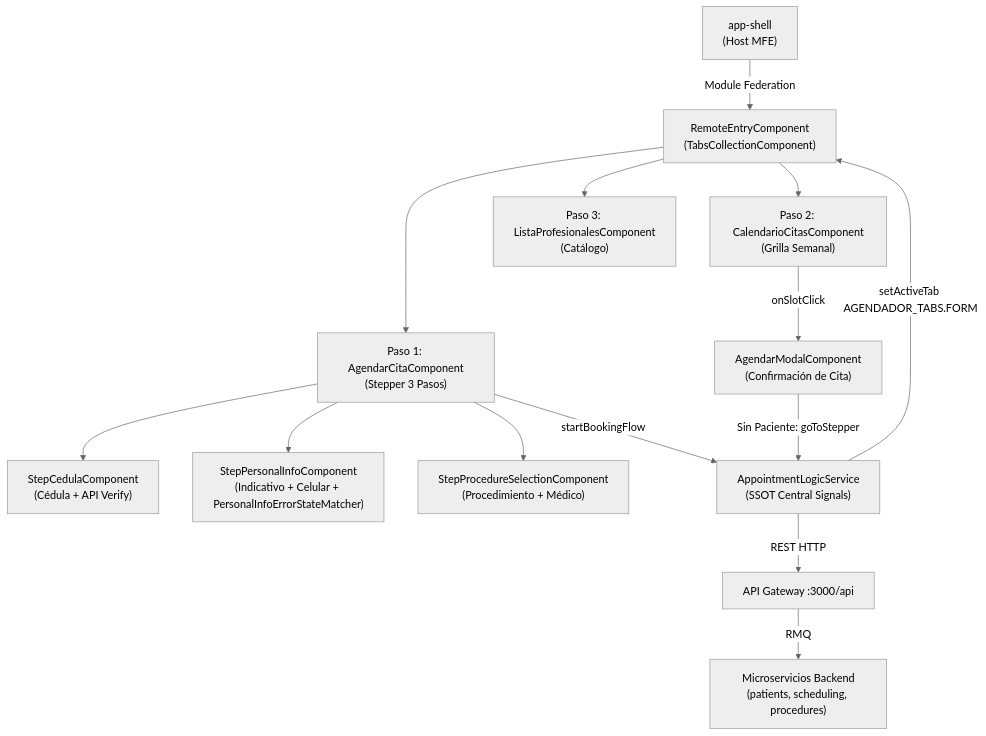
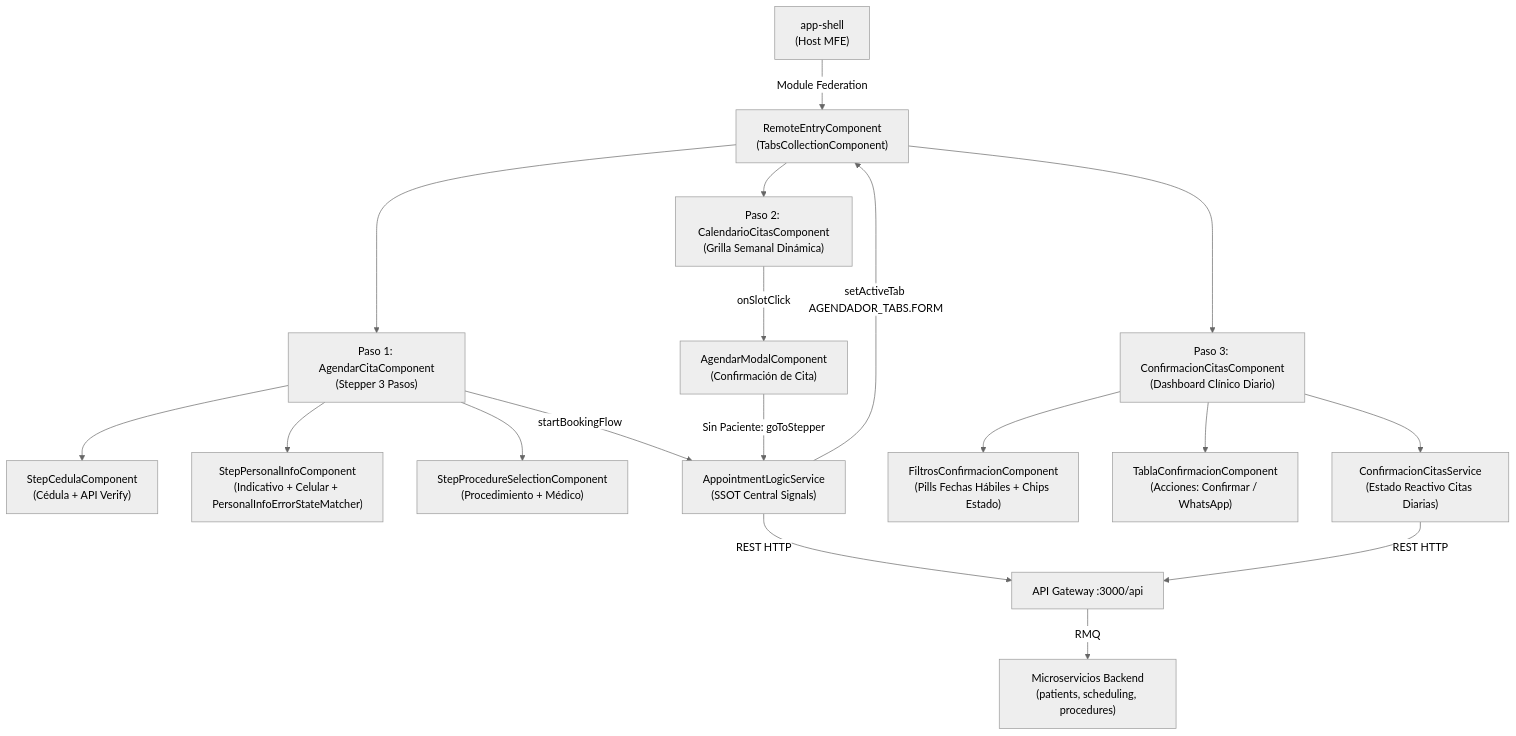
The diagram in docs/documentacion-front/agendador-citas.md (ctg-angular-lab/nx-boilerplate), drawn with Mermaid (neutral theme) before and after one commit. The commit also changed other lines of this file and 57 other files, not shown here.

````diff
--- a/docs/documentacion-front/agendador-citas.md
+++ b/docs/documentacion-front/agendador-citas.md
@@ -32,20 +36,25 @@
 ```mermaid
 graph TD
     Shell["app-shell\n(Host MFE)"] -->|Module Federation| Entry["RemoteEntryComponent\n(TabsCollectionComponent)"]
 
     Entry --> Tab1["Paso 1: AgendarCitaComponent\n(Stepper 3 Pasos)"]
-    Entry --> Tab2["Paso 2: CalendarioCitasComponent\n(Grilla Semanal)"]
-    Entry --> Tab3["Paso 3: ListaProfesionalesComponent\n(Catálogo)"]
+    Entry --> Tab2["Paso 2: CalendarioCitasComponent\n(Grilla Semanal Dinámica)"]
+    Entry --> Tab3["Paso 3: ConfirmacionCitasComponent\n(Dashboard Clínico Diario)"]
 
     Tab1 --> Step1["StepCedulaComponent\n(Cédula + API Verify)"]
     Tab1 --> Step2["StepPersonalInfoComponent\n(Indicativo + Celular + PersonalInfoErrorStateMatcher)"]
     Tab1 --> Step3["StepProcedureSelectionComponent\n(Procedimiento + Médico)"]
 
     Tab1 -->|startBookingFlow| SSOT["AppointmentLogicService\n(SSOT Central Signals)"]
     Tab2 -->|onSlotClick| Modal["AgendarModalComponent\n(Confirmación de Cita)"]
     Modal -->|Sin Paciente: goToStepper| SSOT
     SSOT -->|setActiveTab AGENDADOR_TABS.FORM| Entry
 
+    Tab3 --> Filtros["FiltrosConfirmacionComponent\n(Pills Fechas Hábiles + Chips Estado)"]
+    Tab3 --> Tabla["TablaConfirmacionComponent\n(Acciones: Confirmar / WhatsApp)"]
+    Tab3 --> ConfService["ConfirmacionCitasService\n(Estado Reactivo Citas Diarias)"]
+
     SSOT -->|REST HTTP| Gateway["API Gateway :3000/api"]
+    ConfService -->|REST HTTP| Gateway
     Gateway -->|RMQ| Backends["Microservicios Backend\n(patients, scheduling, procedures)"]
 ```
````
